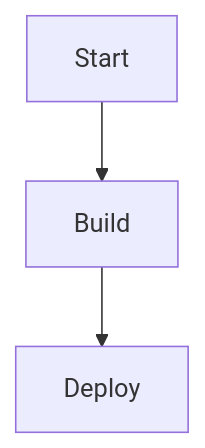
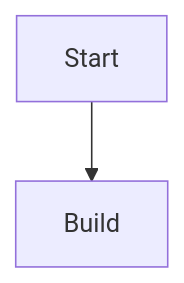
Before and after one commit to dpuiu/www.ccb.jhu.edu: the diagram in test.md, drawn with Mermaid. The commit also changed other lines of this file and 101 other files, not shown here.

````diff
--- a/test.md
+++ b/test.md
@@ -297,5 +297,4 @@
 ```{mermaid}
 graph TD
     A[Start] --> B[Build]
-    B --> C[Deploy]
 ```
````
